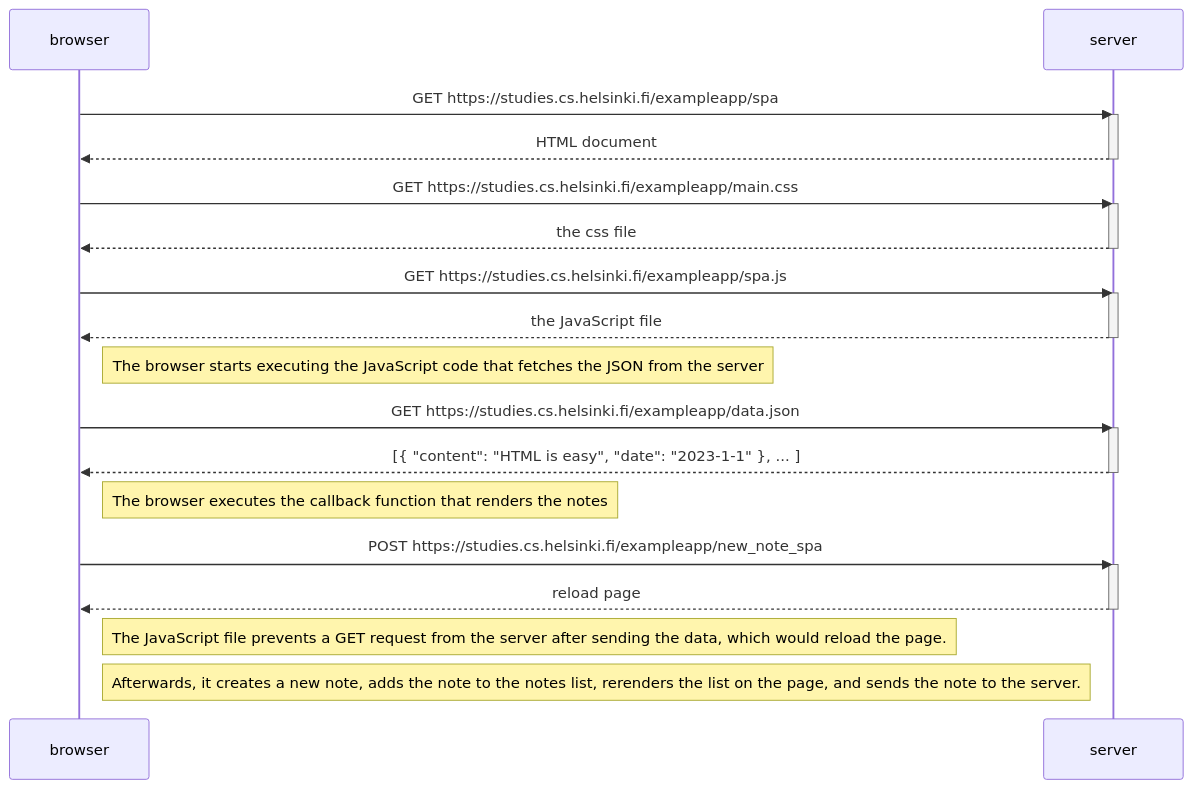
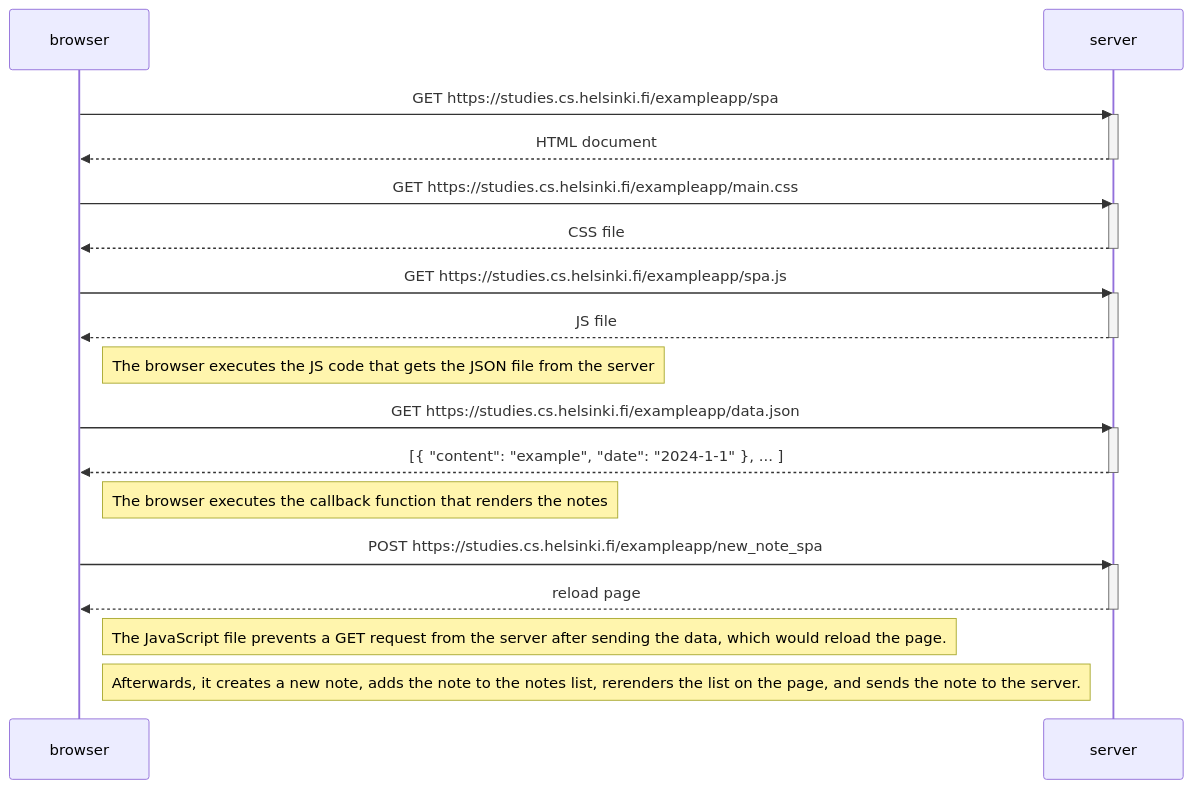
Before and after one commit to kakeWasTaken/full-stack-course: the diagram in part0/singlenotediagram.md, drawn with Mermaid.

````diff
--- a/part0/singlenotediagram.md
+++ b/part0/singlenotediagram.md
@@ -1,39 +1,39 @@
 ```mermaid
 
 sequenceDiagram
     participant browser
     participant server
 
     browser->>server: GET https://studies.cs.helsinki.fi/exampleapp/spa
     activate server
     server-->>browser: HTML document
     deactivate server
 
     browser->>server: GET https://studies.cs.helsinki.fi/exampleapp/main.css
     activate server
-    server-->>browser: the css file
+    server-->>browser: CSS file
     deactivate server
 
     browser->>server: GET https://studies.cs.helsinki.fi/exampleapp/spa.js
     activate server
-    server-->>browser: the JavaScript file
+    server-->>browser: JS file
     deactivate server
 
-    Note right of browser: The browser starts executing the JavaScript code that fetches the JSON from the server
+    Note right of browser: The browser executes the JS code that gets the JSON file from the server
 
     browser->>server: GET https://studies.cs.helsinki.fi/exampleapp/data.json
     activate server
-    server-->>browser: [{ "content": "HTML is easy", "date": "2023-1-1" }, ... ]
+    server-->>browser: [{ "content": "example", "date": "2024-1-1" }, ... ]
     deactivate server
 
     Note right of browser: The browser executes the callback function that renders the notes
 
     browser->>server: POST https://studies.cs.helsinki.fi/exampleapp/new_note_spa
     activate server
     server-->>browser: reload page
     deactivate server
 
     Note right of browser: The JavaScript file prevents a GET request from the server after sending the data, which would reload the page.
     Note right of browser: Afterwards, it creates a new note, adds the note to the notes list, rerenders the list on the page, and sends the note to the server.
 
 ```
````
